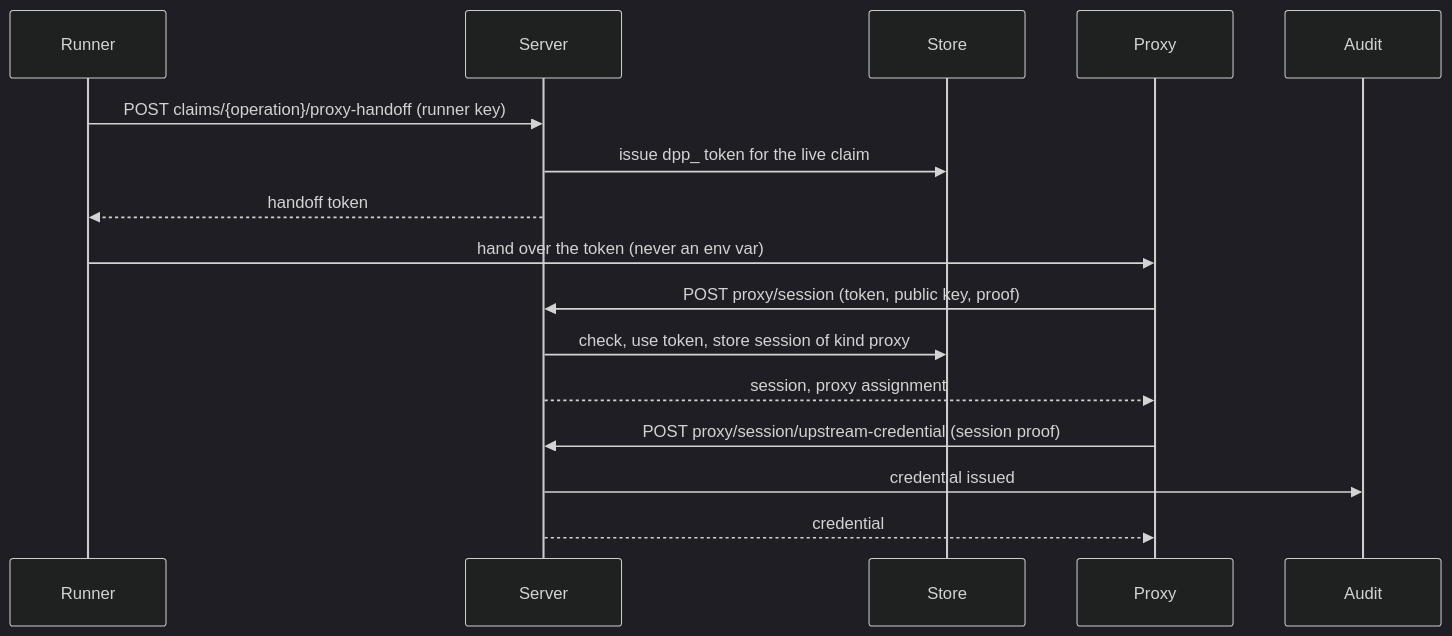
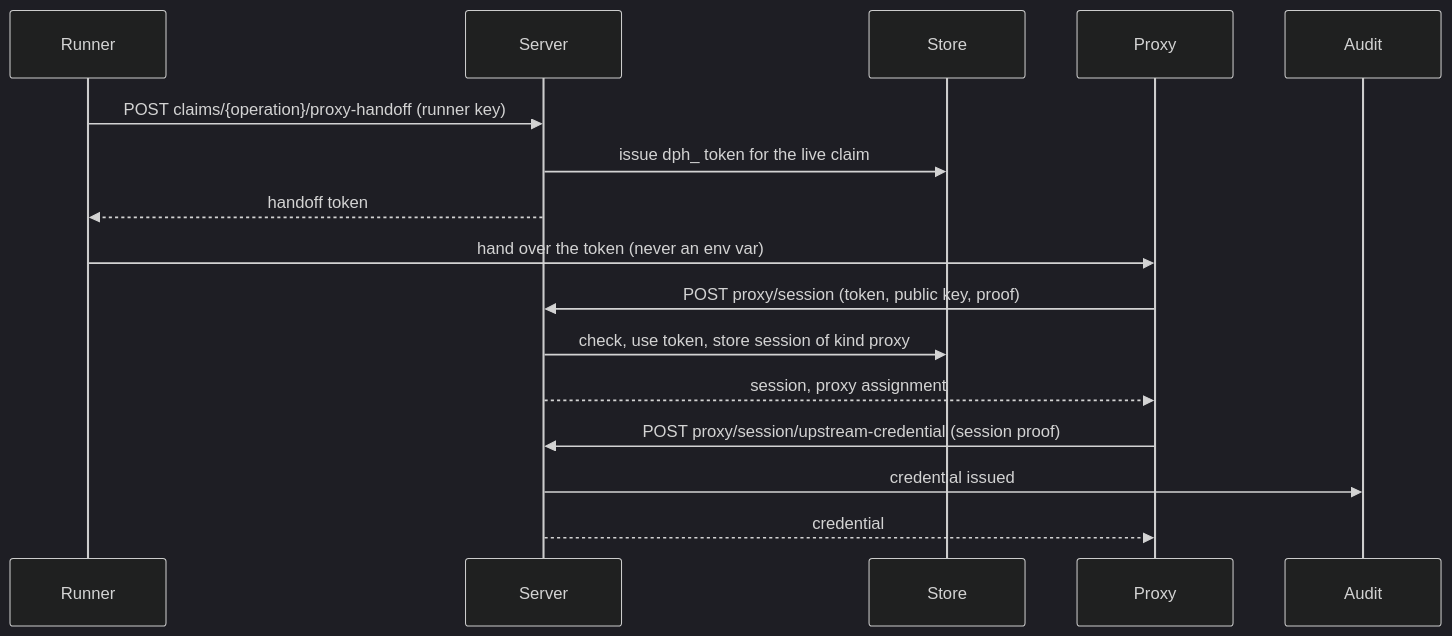
One commit to OpenDustpan/OpenDustpan changed the first of 3 diagrams in openspec/changes/add-job-proxy-runner-contract/design.md. Above: the diagram before and after it, drawn with Mermaid (dark theme). The commit also changed other lines of this file and 2 other files, not shown here.

First line of the commit message:
spec: proxy handoff token uses the dph_ prefix

````diff
--- a/openspec/changes/add-job-proxy-runner-contract/design.md
+++ b/openspec/changes/add-job-proxy-runner-contract/design.md
@@ -48,13 +48,13 @@
 ```mermaid
 sequenceDiagram
 Runner->>Server: POST claims/{operation}/proxy-handoff (runner key)
-Server->>Store: issue dpp_ token for the live claim
+Server->>Store: issue dph_ token for the live claim
 Server-->>Runner: handoff token
 Runner->>Proxy: hand over the token (never an env var)
 Proxy->>Server: POST proxy/session (token, public key, proof)
 Server->>Store: check, use token, store session of kind proxy
 Server-->>Proxy: session, proxy assignment
 Proxy->>Server: POST proxy/session/upstream-credential (session proof)
 Server->>Audit: credential issued
 Server-->>Proxy: credential
 ```
````
